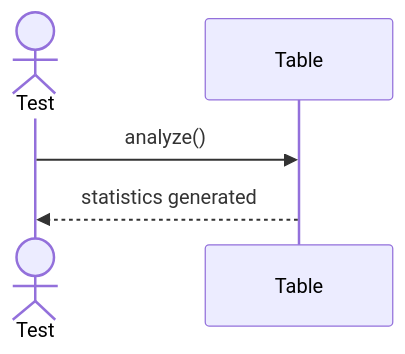
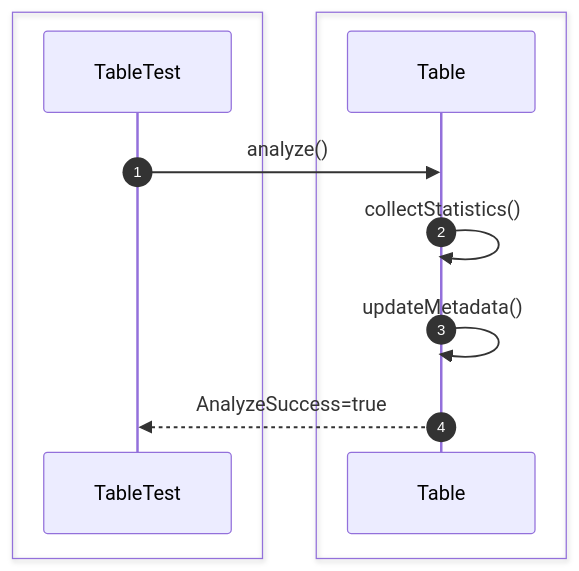
Before and after one commit to Huy1801214/dbms-architecture: diagram 11 of 42 in src/sequence/db-object.md, drawn with Mermaid. The commit also changed other lines of this file, not shown here.

Commit message:
add sequence diagrams for database object unit tests

````diff
--- a/src/sequence/db-object.md
+++ b/src/sequence/db-object.md
@@ -129,8 +235,18 @@
 ```mermaid
 sequenceDiagram
-    actor Test
-    participant Table
+    autonumber
+    box #e1f5fe Test Suite
+    participant Test as TableTest
+    end
+    box #e8f5e9 Database Objects
+    participant Table as Table
+    end
 
     Test->>Table: analyze()
-    Table-->>Test: statistics generated
+
+    Table->>Table: collectStatistics()
+
+    Table->>Table: updateMetadata()
+
+    Table-->>Test: AnalyzeSuccess=true
 ```
````
